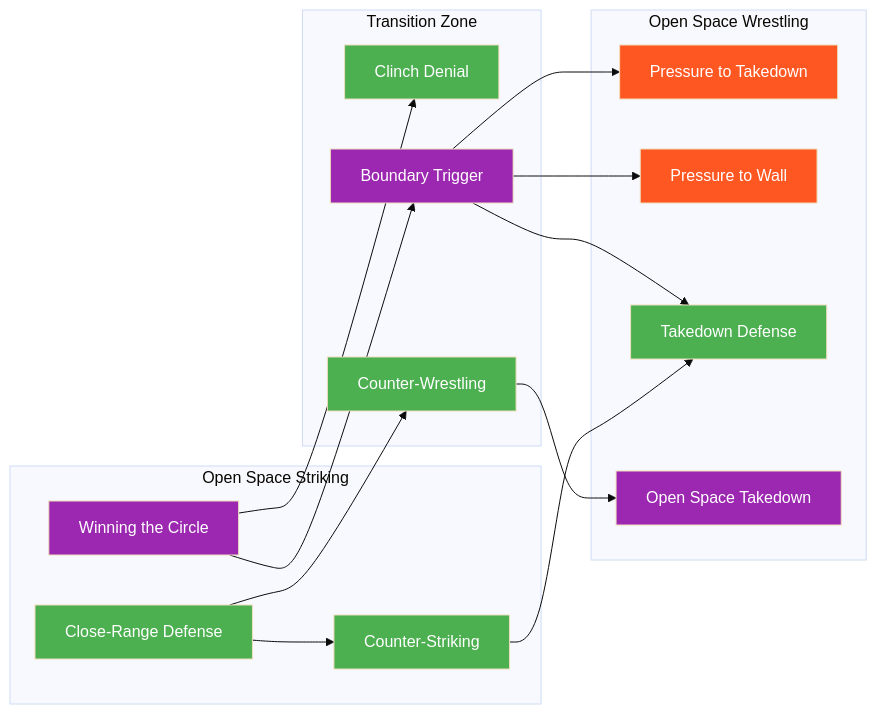
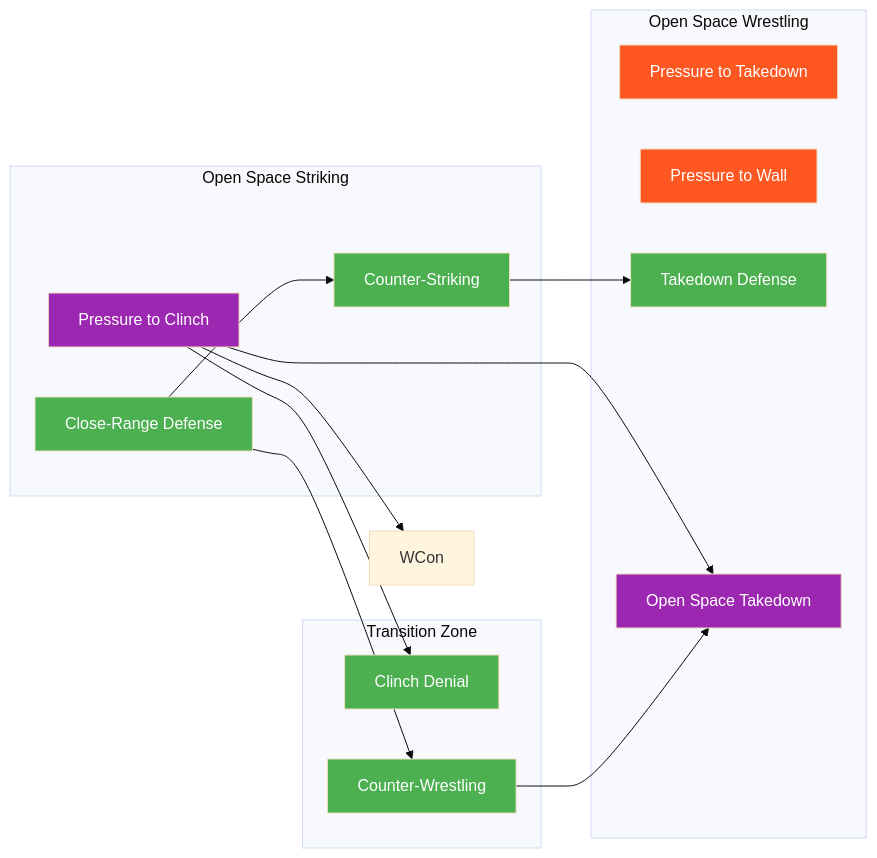
The fourth of 7 diagrams in docs/system/map.md (ACalienes/Ecological-MMA-Game-System), drawn with Mermaid (base theme) before and after one commit. The commit also changed other lines of this file and 62 other files, not shown here.

````diff
--- a/docs/system/map.md
+++ b/docs/system/map.md
@@ -329,42 +323,38 @@
 ```mermaid
 flowchart LR
     subgraph STRIKING["Open Space Striking"]
-        WC[Winning the Circle]
+        PC[Pressure to Clinch]
         CRD[Close-Range Defense]
         CS[Counter-Striking]
     end
 
     subgraph TRANSITION["Transition Zone"]
         CD[Clinch Denial]
         CW[Counter-Wrestling]
-        BT[Boundary Trigger]
     end
 
     subgraph WRESTLING["Open Space Wrestling"]
         PTT[Pressure to Takedown]
         PTW[Pressure to Wall]
         TDD[Takedown Defense]
         OST[Open Space Takedown]
     end
 
-    WC --> BT
-    WC --> CD
+    PC --> CD
+    PC --> WCon
+    PC --> OST
     CRD --> CS
     CRD --> CW
-    BT --> PTT
-    BT --> PTW
-    BT --> TDD
     CS --> TDD
     CW --> OST
 
-    style WC fill:#9C27B0,color:#fff
+    style PC fill:#9C27B0,color:#fff
     style CRD fill:#4CAF50,color:#fff
     style CS fill:#4CAF50,color:#fff
     style CD fill:#4CAF50,color:#fff
     style CW fill:#4CAF50,color:#fff
-    style BT fill:#9C27B0,color:#fff
     style PTT fill:#FF5722,color:#fff
     style PTW fill:#FF5722,color:#fff
     style TDD fill:#4CAF50,color:#fff
     style OST fill:#9C27B0,color:#fff
 ```
````
